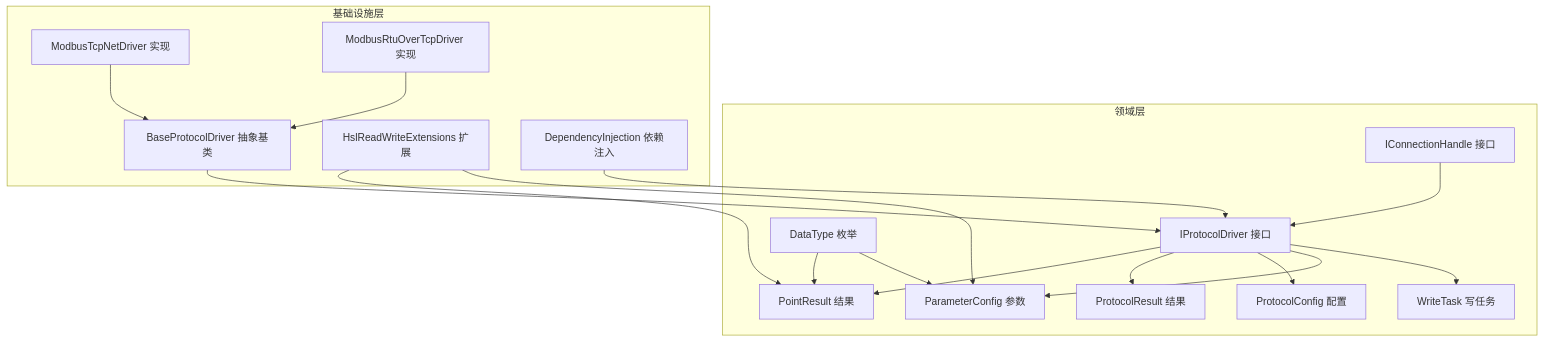
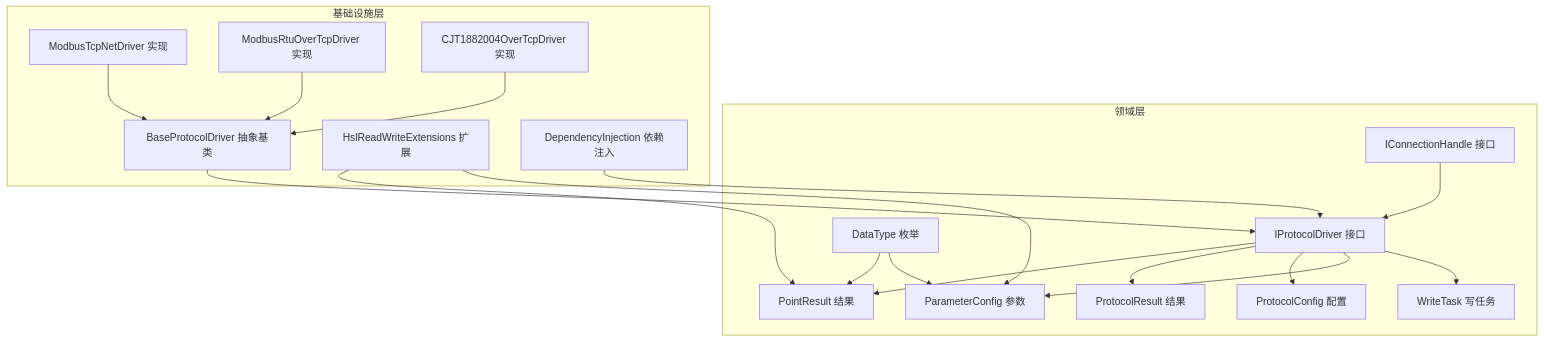
The first of 5 diagrams in .qoder/repowiki/zh/content/协议驱动架构/协议接口设计.md (whitemousetl/IndustrialDataSolution), drawn with Mermaid before and after one commit. The commit also changed other lines of this file and 18 other files, not shown here.

````diff
--- a/.qoder/repowiki/zh/content/协议驱动架构/协议接口设计.md
+++ b/.qoder/repowiki/zh/content/协议驱动架构/协议接口设计.md
@@ -48,34 +55,36 @@
 ```mermaid
 graph TB
 subgraph "领域层"
 IConn["IConnectionHandle 接口"]
 IDrv["IProtocolDriver 接口"]
 PConf["ProtocolConfig 配置"]
 Param["ParameterConfig 参数"]
 WTask["WriteTask 写任务"]
 PR["PointResult 结果"]
 ProRes["ProtocolResult 结果"]
 DT["DataType 枚举"]
 end
 subgraph "基础设施层"
 BaseDrv["BaseProtocolDriver 抽象基类"]
 MB_TCP["ModbusTcpNetDriver 实现"]
 MB_RTU["ModbusRtuOverTcpDriver 实现"]
+CJT["CJT1882004OverTcpDriver 实现"]
 Ext["HslReadWriteExtensions 扩展"]
 DI["DependencyInjection 依赖注入"]
 end
 IConn --> IDrv
 IDrv --> PR
 IDrv --> ProRes
 IDrv --> PConf
 IDrv --> Param
 IDrv --> WTask
 BaseDrv --> IDrv
 MB_TCP --> BaseDrv
 MB_RTU --> BaseDrv
+CJT --> BaseDrv
 Ext --> PR
 Ext --> Param
 DI --> IDrv
 DT --> PR
 DT --> Param
 ```
````
